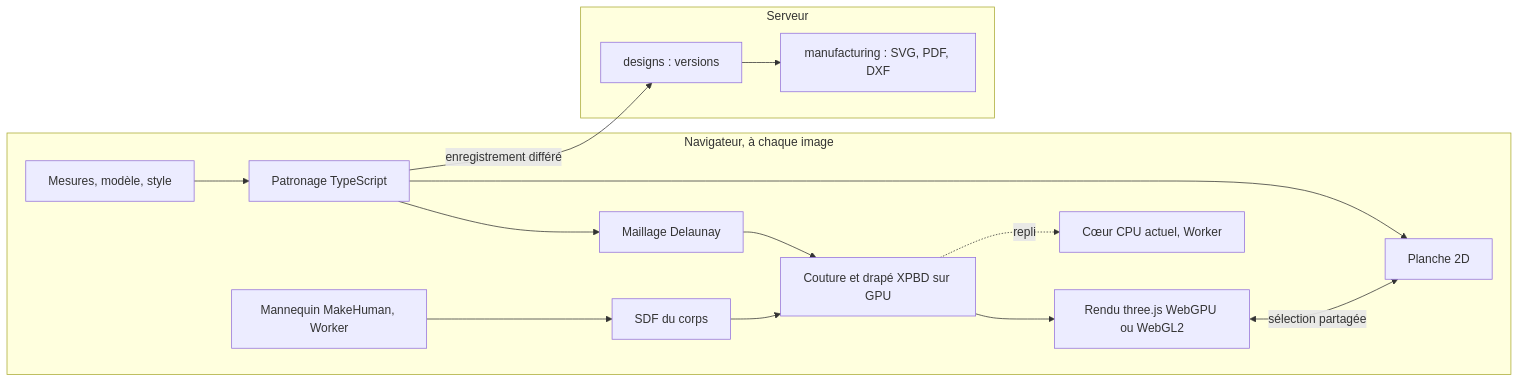
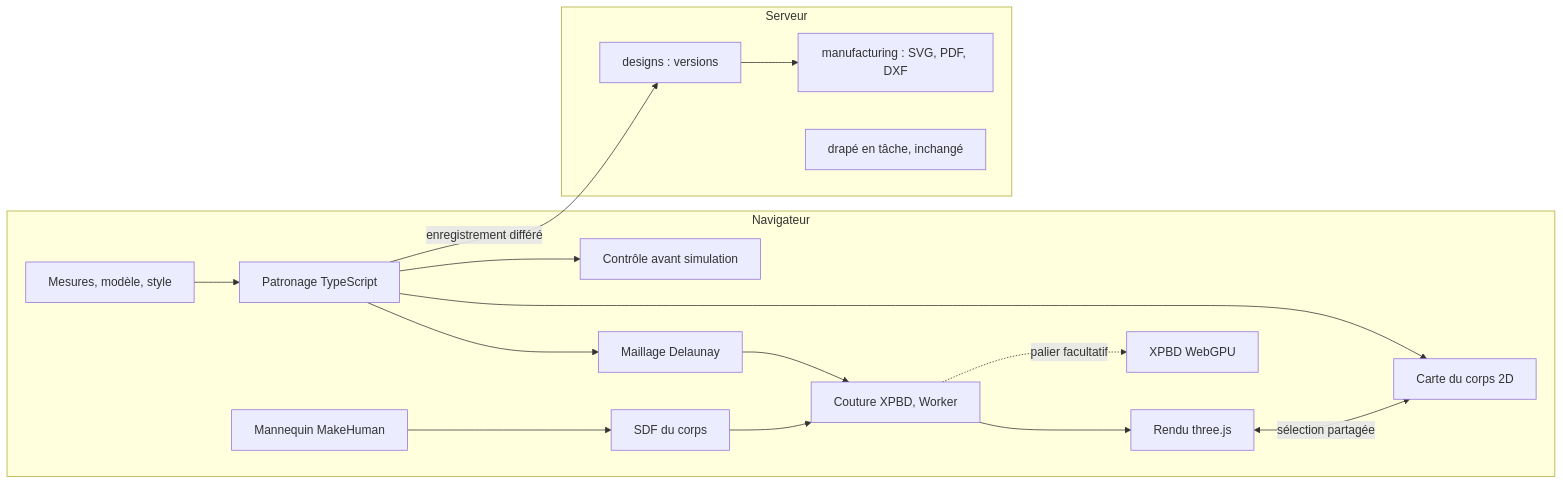
The diagram in docs/suivi/proposition-temps-reel.md (THackSRT/model-design), drawn with Mermaid before and after one commit. The commit also changed other lines of this file and 2 other files, not shown here.

````diff
--- a/docs/suivi/proposition-temps-reel.md
+++ b/docs/suivi/proposition-temps-reel.md
@@ -58,18 +60,20 @@
 ```mermaid
 flowchart LR
-  subgraph NAV["Navigateur, à chaque image"]
+  subgraph NAV["Navigateur"]
     IN["Mesures, modèle, style"] --> PAT["Patronage TypeScript"]
-    PAT --> P2D["Planche 2D"]
+    PAT --> P2D["Carte du corps 2D"]
+    PAT --> CHK["Contrôle avant simulation"]
     PAT --> MESH["Maillage Delaunay"]
-    MAN["Mannequin MakeHuman, Worker"] --> SDF["SDF du corps"]
-    MESH --> SIM["Couture et drapé XPBD sur GPU"]
+    MAN["Mannequin MakeHuman"] --> SDF["SDF du corps"]
+    MESH --> SIM["Couture XPBD, Worker"]
     SDF --> SIM
-    SIM --> R3D["Rendu three.js WebGPU ou WebGL2"]
-    SIM -.->|repli| CPU["Cœur CPU actuel, Worker"]
+    SIM --> R3D["Rendu three.js"]
+    SIM -.->|palier facultatif| GPU["XPBD WebGPU"]
     R3D <-->|sélection partagée| P2D
   end
   subgraph SRV["Serveur"]
     DES["designs : versions"] --> FAB["manufacturing : SVG, PDF, DXF"]
+    DRP["drapé en tâche, inchangé"]
   end
   PAT -->|enregistrement différé| DES
 ```
````
